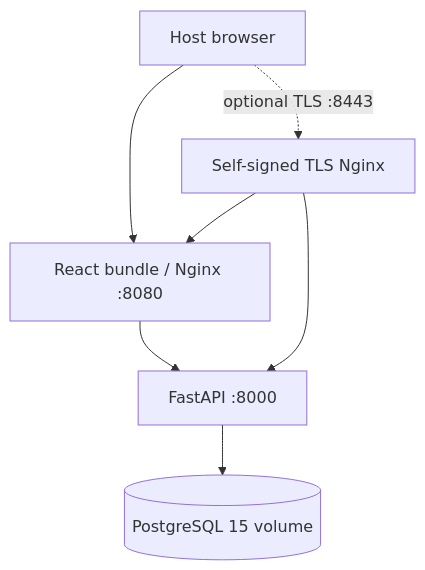
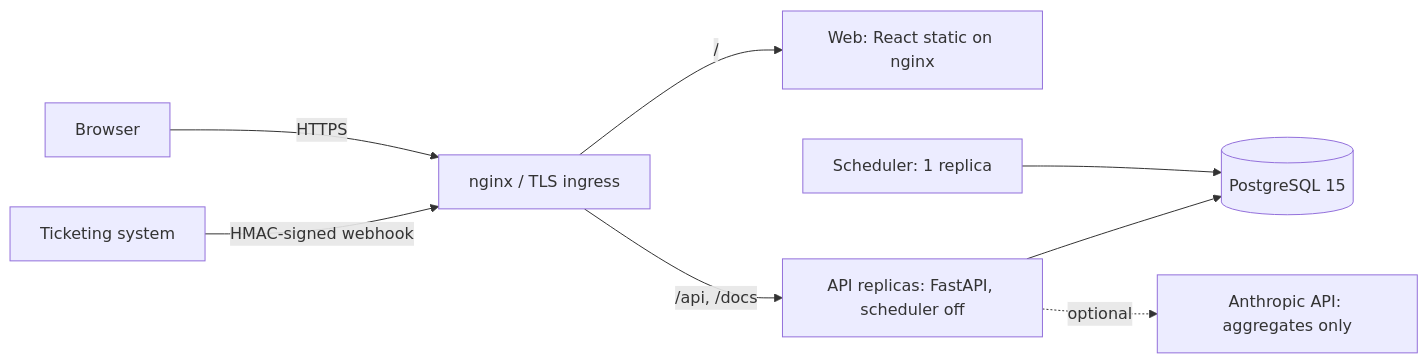
One commit to Aniket-001-code/ivm-platform changed the diagram in docs/diagrams/deployment.md. Above: the diagram before and after it, drawn with Mermaid. The commit also changed other lines of this file and 46 other files, not shown here.

````diff
--- a/docs/diagrams/deployment.md
+++ b/docs/diagrams/deployment.md
@@ -3,9 +3,10 @@
 ```mermaid
-flowchart TB
-  HostBrowser[Host browser] --> Front[React bundle / Nginx :8080]
-  HostBrowser -. optional TLS :8443 .-> Proxy[Self-signed TLS Nginx]
-  Proxy --> Front
-  Proxy --> API[FastAPI :8000]
-  Front --> API
-  API --> DB[(PostgreSQL 15 volume)]
+flowchart LR
+  B[Browser] -->|HTTPS| ING[nginx / TLS ingress]
+  ING -->|/| WEB[Web: React static on nginx]
+  ING -->|/api, /docs| API[API replicas: FastAPI, scheduler off]
+  SCH[Scheduler: 1 replica] --> DB
+  API --> DB[(PostgreSQL 15)]
+  EXT[Ticketing system] -->|HMAC-signed webhook| ING
+  API -.optional.-> CL[Anthropic API: aggregates only]
 ```
````
